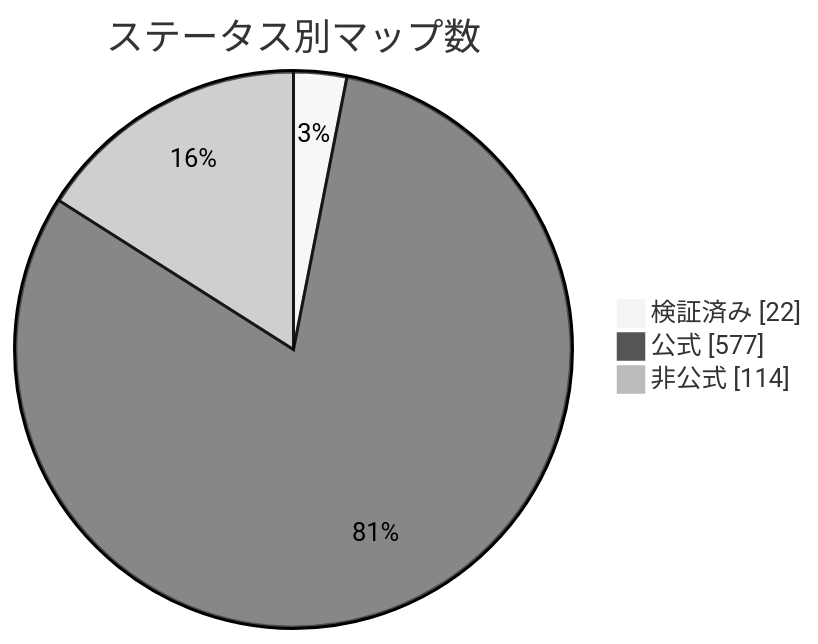
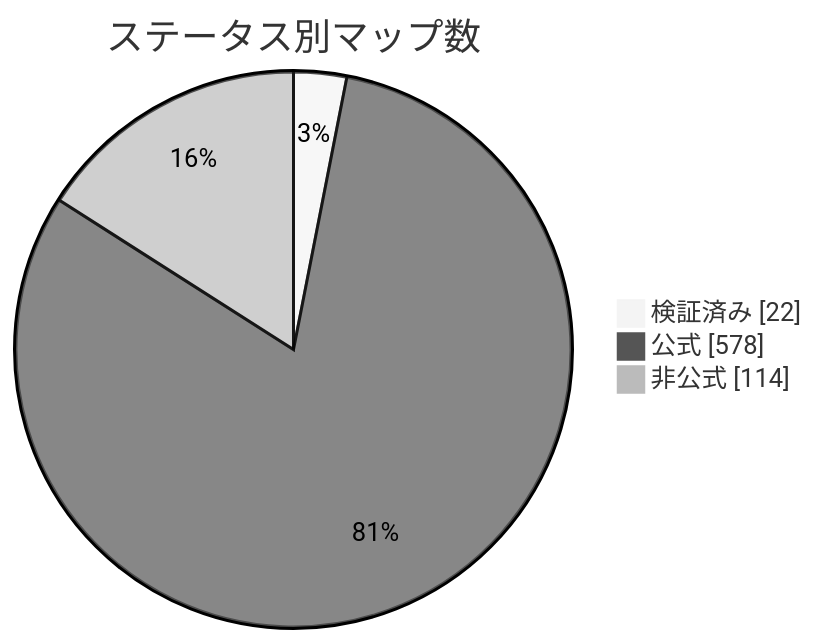
One commit to nobrega8/mbmap-library changed the diagram in docs/readme/README_JP.md. Above: the diagram before and after it, drawn with Mermaid (neutral theme). The commit also changed 6 other files, not shown here.

````diff
--- a/docs/readme/README_JP.md
+++ b/docs/readme/README_JP.md
@@ -54,7 +54,7 @@
 ```mermaid
 pie showData
     title ステータス別マップ数
     "検証済み" : 22
-    "公式" : 577
+    "公式" : 578
     "非公式" : 114
 ```
````
